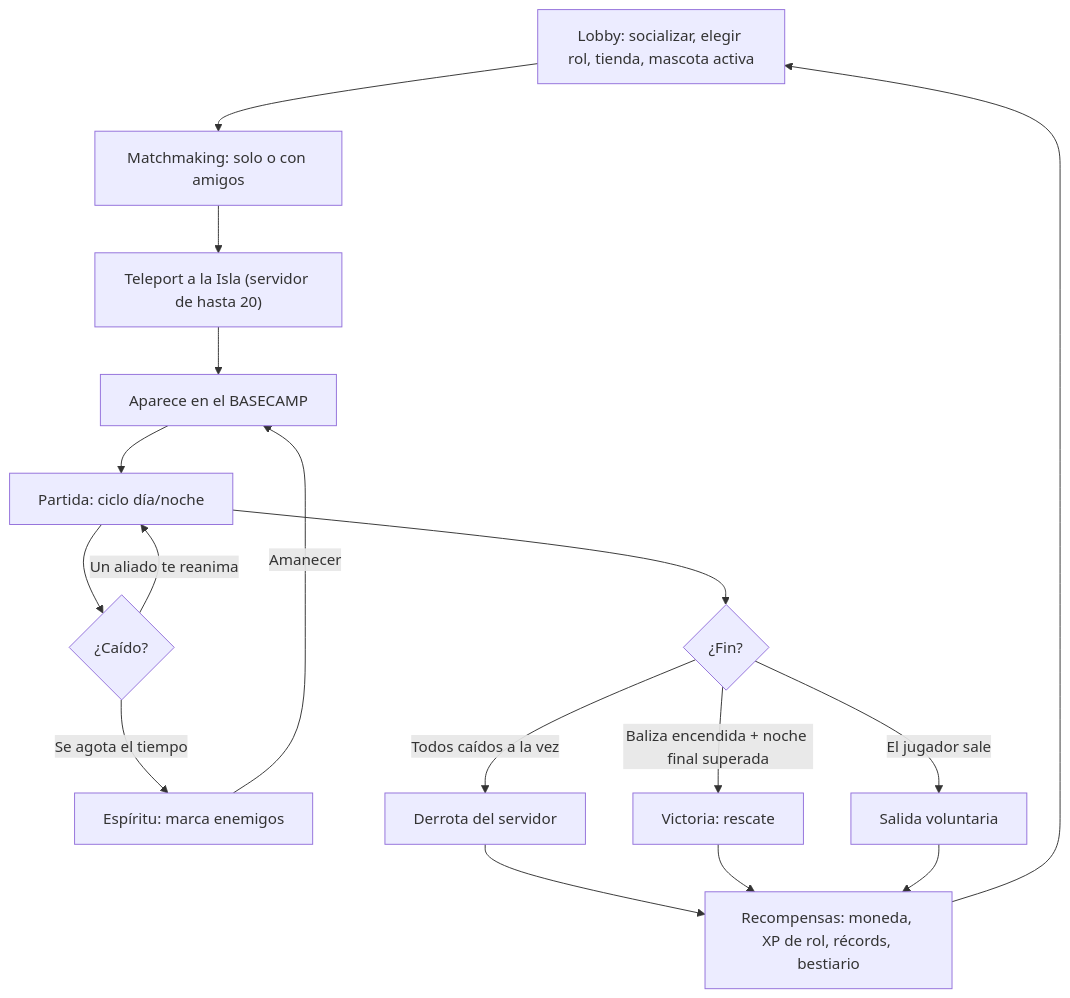
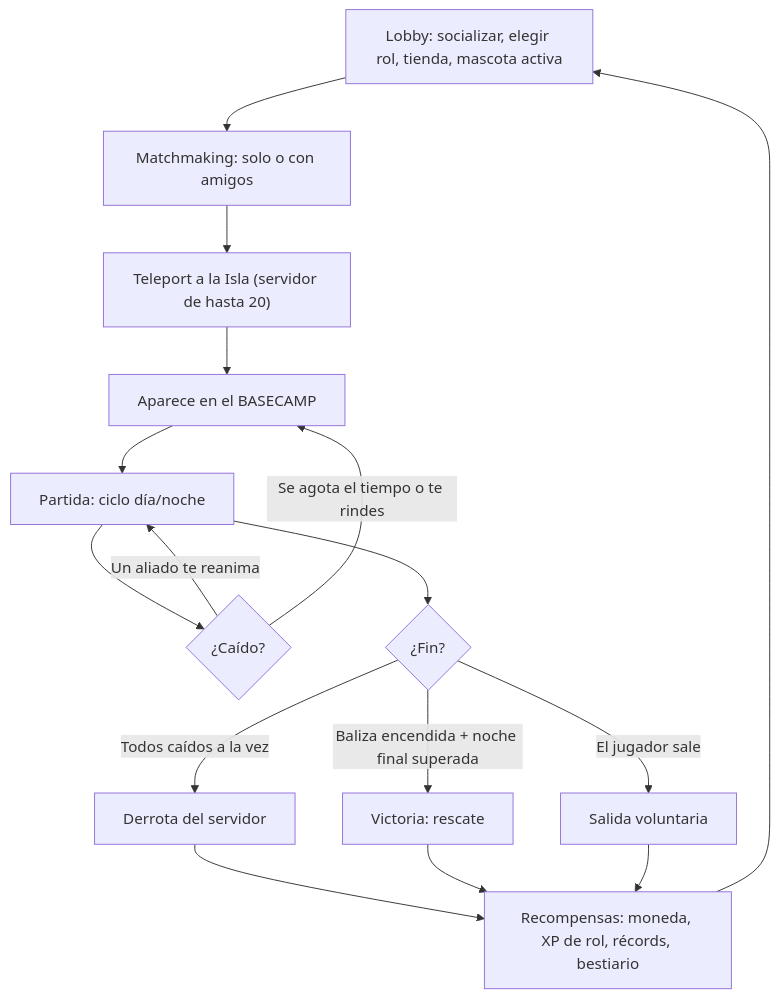
The first of 7 diagrams in docs/GDD.md (Discosofia/Monkey_Island_2026), drawn with Mermaid before and after one commit. The commit also changed other lines of this file and 18 other files, not shown here.

````diff
--- a/docs/GDD.md
+++ b/docs/GDD.md
@@ -59,19 +59,18 @@
 ```mermaid
 flowchart TD
   L["Lobby: socializar, elegir rol, tienda, mascota activa"] --> Q["Matchmaking: solo o con amigos"]
   Q --> T["Teleport a la Isla (servidor de hasta 20)"]
   T --> B["Aparece en el BASECAMP"]
   B --> P["Partida: ciclo día/noche"]
   P --> C{"¿Caído?"}
   C -->|"Un aliado te reanima"| P
-  C -->|"Se agota el tiempo"| E["Espíritu: marca enemigos"]
-  E -->|"Amanecer"| B
+  C -->|"Se agota el tiempo o te rindes"| B
   P --> R{"¿Fin?"}
   R -->|"Todos caídos a la vez"| D["Derrota del servidor"]
   R -->|"Baliza encendida + noche final superada"| V["Victoria: rescate"]
   R -->|"El jugador sale"| X["Salida voluntaria"]
   D --> RW["Recompensas: moneda, XP de rol, récords, bestiario"]
   V --> RW
   X --> RW
   RW --> L
 ```
````
